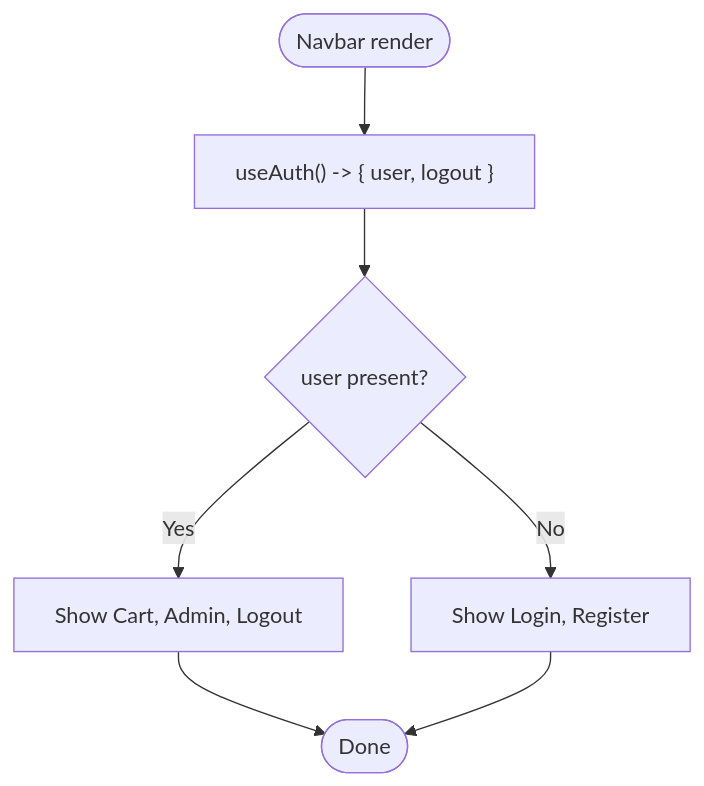
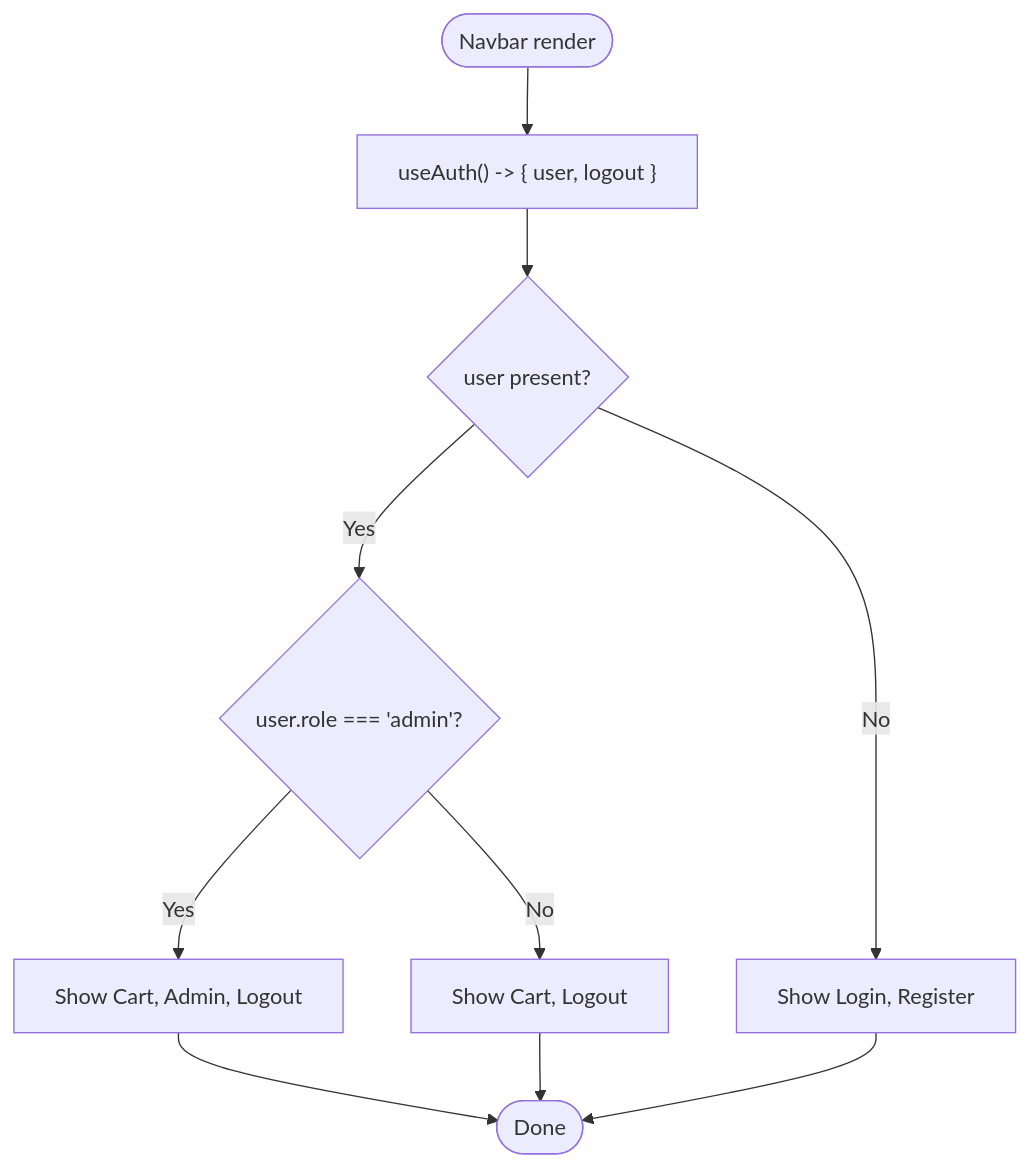
One commit to Pavan-PSPK9032/TrendsandToss changed the eighth of 11 diagrams in .qoder/repowiki/en/content/Authentication & Authorization/Frontend Authentication State Management.md. Above: the diagram before and after it, drawn with Mermaid. The commit also changed other lines of this file and 5 other files, not shown here.

````diff
--- a/.qoder/repowiki/en/content/Authentication & Authorization/Frontend Authentication State Management.md
+++ b/.qoder/repowiki/en/content/Authentication & Authorization/Frontend Authentication State Management.md
@@ -260,9 +362,12 @@
 ```mermaid
 flowchart TD
 Start(["Navbar render"]) --> GetUser["useAuth() -> { user, logout }"]
 GetUser --> HasUser{"user present?"}
-HasUser --> |Yes| AuthLinks["Show Cart, Admin, Logout"]
-HasUser --> |No| UnauthLinks["Show Login, Register"]
-AuthLinks --> End(["Done"])
-UnauthLinks --> End
+HasUser --> |Yes| CheckRole{"user.role === 'admin'?"}
+CheckRole --> |Yes| AdminLinks["Show Cart, Admin, Logout"]
+CheckRole --> |No| UserLinks["Show Cart, Logout"]
+HasUser --> |No| GuestLinks["Show Login, Register"]
+AdminLinks --> End(["Done"])
+UserLinks --> End
+GuestLinks --> End
 ```
````
